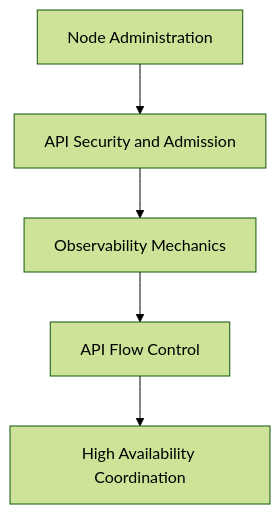
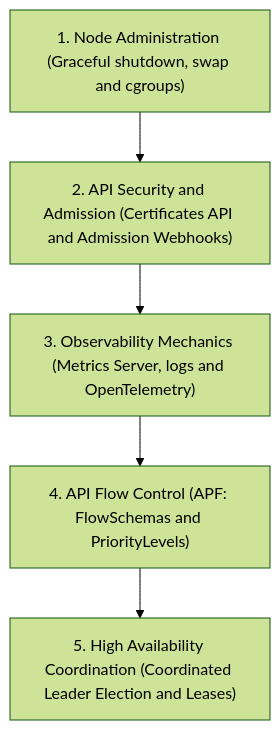
The diagram in Reference Notes/15_cluster_administration_and_observability.md (kmashour/BrainDump), drawn with Mermaid (forest theme) before and after one commit. The commit also changed 15 other files, not shown here.

Commit message:
docs: restore detailed informative mermaid diagrams replacing ampersands with 'and'

````diff
--- a/Reference Notes/15_cluster_administration_and_observability.md
+++ b/Reference Notes/15_cluster_administration_and_observability.md
@@ -11,7 +11,7 @@
 ```mermaid
 graph TD
-    A["Node Administration"] --> B["API Security and Admission"]
-    B --> C["Observability Mechanics"]
-    C --> D["API Flow Control"]
-    D --> E["High Availability Coordination"]
+    A["1. Node Administration (Graceful shutdown, swap and cgroups)"] --> B["2. API Security and Admission (Certificates API and Admission Webhooks)"]
+    B --> C["3. Observability Mechanics (Metrics Server, logs and OpenTelemetry)"]
+    C --> D["4. API Flow Control (APF: FlowSchemas and PriorityLevels)"]
+    D --> E["5. High Availability Coordination (Coordinated Leader Election and Leases)"]
 ```
````
